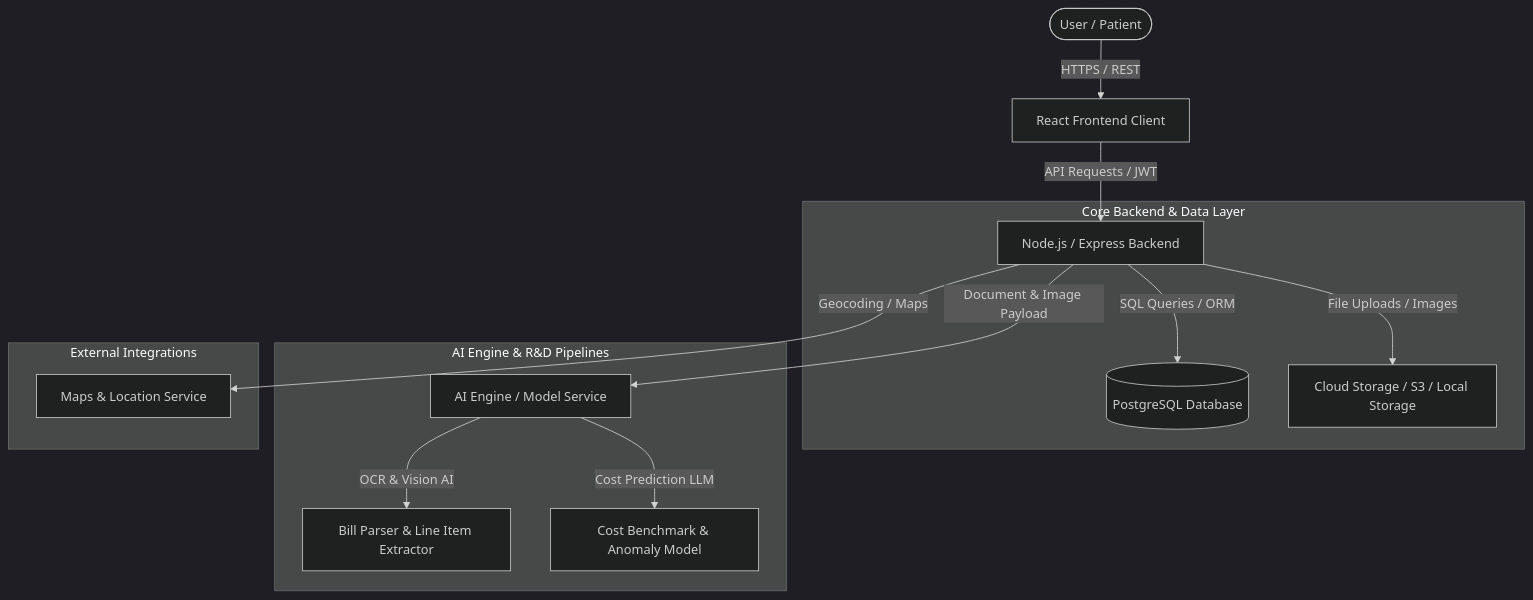
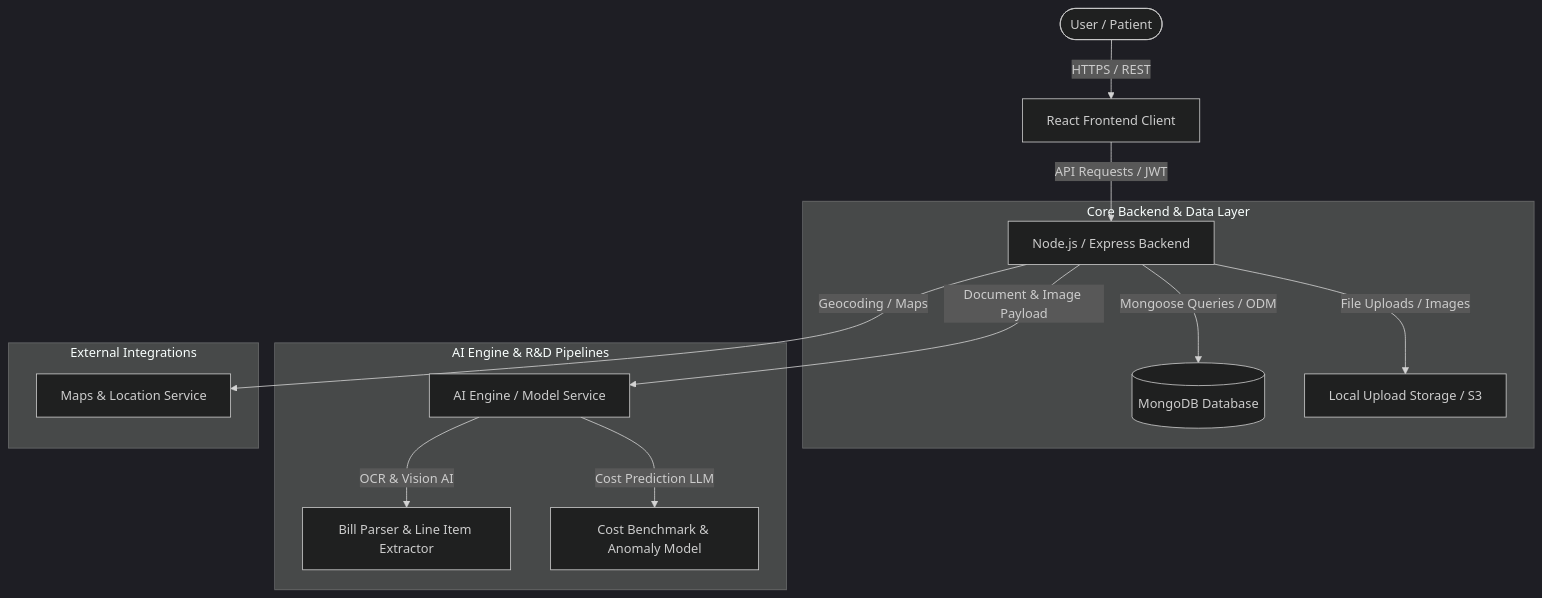
Before and after one commit to inexcusablecoder/Sasti-Sehat: the first of 2 diagrams in arch.md, drawn with Mermaid (dark theme). The commit also changed other lines of this file and 28 other files, not shown here.

Commit message:
feat: Add Node.js Express & MongoDB backend with REST APIs, AI bill analyzer, and seed script

````diff
--- a/arch.md
+++ b/arch.md
@@ -9,20 +9,20 @@
 ```mermaid
 graph TD
     User([User / Patient]) -->|HTTPS / REST| ReactFE[React Frontend Client]
     ReactFE -->|API Requests / JWT| NodeBE[Node.js / Express Backend]
     
     subgraph Core Backend & Data Layer
-        NodeBE -->|SQL Queries / ORM| PostgresDB[(PostgreSQL Database)]
-        NodeBE -->|File Uploads / Images| ObjectStore[Cloud Storage / S3 / Local Storage]
+        NodeBE -->|Mongoose Queries / ODM| MongoDB[(MongoDB Database)]
+        NodeBE -->|File Uploads / Images| LocalStore[Local Upload Storage / S3]
     end
 
     subgraph AI Engine & R&D Pipelines
         NodeBE -->|Document & Image Payload| AIService[AI Engine / Model Service]
         AIService -->|OCR & Vision AI| BillParser[Bill Parser & Line Item Extractor]
         AIService -->|Cost Prediction LLM| PriceEstimator[Cost Benchmark & Anomaly Model]
     end
 
     subgraph External Integrations
         NodeBE -->|Geocoding / Maps| MapsAPI[Maps & Location Service]
     end
 ```
````
